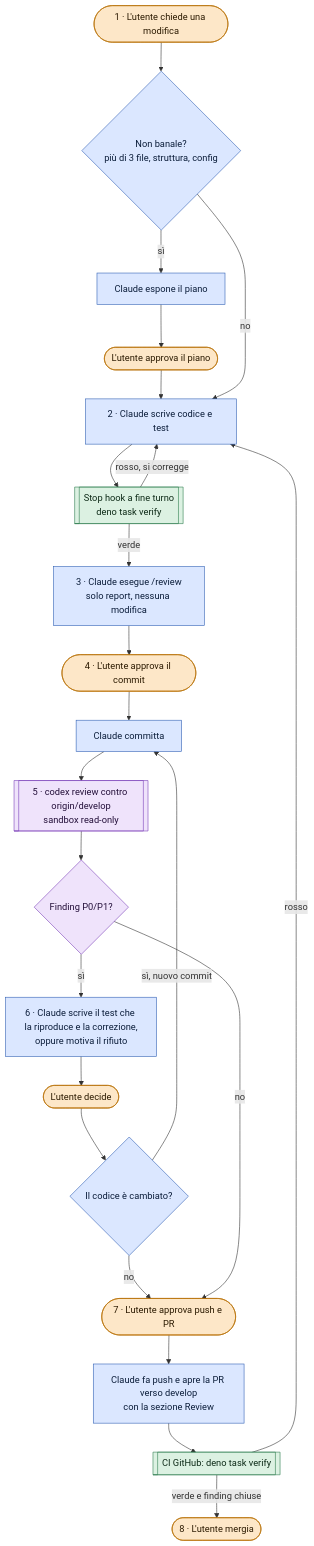
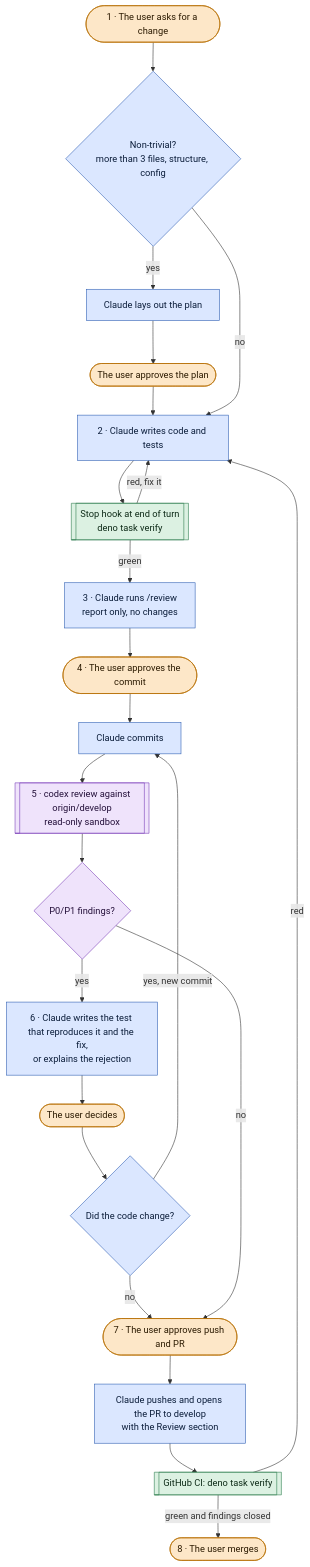
The diagram in docs/workflow.md (fab-codes/agent-workflow-template), drawn with Mermaid before and after one commit. The commit also changed other lines of this file and 4 other files, not shown here.

````diff
--- a/docs/workflow.md
+++ b/docs/workflow.md
@@ -8,40 +8,40 @@
 ```mermaid
 flowchart TD
-    S1(["1 · L'utente chiede una modifica"]):::utente
-    P{"Non banale?<br/>più di 3 file, struttura, config"}:::claude
-    PL["Claude espone il piano"]:::claude
-    OK1(["L'utente approva il piano"]):::utente
-    S2["2 · Claude scrive codice e test"]:::claude
-    HK[["Stop hook a fine turno<br/>deno task verify"]]:::automatico
-    S3["3 · Claude esegue /review<br/>solo report, nessuna modifica"]:::claude
-    S4(["4 · L'utente approva il commit"]):::utente
-    CM["Claude committa"]:::claude
-    S5[["5 · codex review contro origin/develop<br/>sandbox read-only"]]:::codex
-    F{"Finding P0/P1?"}:::codex
-    S6["6 · Claude scrive il test che la riproduce e la correzione,<br/>oppure motiva il rifiuto"]:::claude
-    DEC(["L'utente decide"]):::utente
-    CH{"Il codice è cambiato?"}:::claude
-    S7(["7 · L'utente approva push e PR"]):::utente
-    PR["Claude fa push e apre la PR verso develop<br/>con la sezione Review"]:::claude
-    CI[["CI GitHub: deno task verify"]]:::automatico
-    S8(["8 · L'utente mergia"]):::utente
+    S1(["1 · The user asks for a change"]):::user
+    P{"Non-trivial?<br/>more than 3 files, structure, config"}:::claude
+    PL["Claude lays out the plan"]:::claude
+    OK1(["The user approves the plan"]):::user
+    S2["2 · Claude writes code and tests"]:::claude
+    HK[["Stop hook at end of turn<br/>deno task verify"]]:::automatic
+    S3["3 · Claude runs /review<br/>report only, no changes"]:::claude
+    S4(["4 · The user approves the commit"]):::user
+    CM["Claude commits"]:::claude
+    S5[["5 · codex review against origin/develop<br/>read-only sandbox"]]:::codex
+    F{"P0/P1 findings?"}:::codex
+    S6["6 · Claude writes the test that reproduces it and the fix,<br/>or explains the rejection"]:::claude
+    DEC(["The user decides"]):::user
+    CH{"Did the code change?"}:::claude
+    S7(["7 · The user approves push and PR"]):::user
+    PR["Claude pushes and opens the PR to develop<br/>with the Review section"]:::claude
+    CI[["GitHub CI: deno task verify"]]:::automatic
+    S8(["8 · The user merges"]):::user
 
     S1 --> P
-    P -->|sì| PL --> OK1 --> S2
+    P -->|yes| PL --> OK1 --> S2
     P -->|no| S2
     S2 --> HK
-    HK -->|rosso, si corregge| S2
-    HK -->|verde| S3 --> S4 --> CM --> S5 --> F
-    F -->|sì| S6 --> DEC --> CH
-    CH -->|sì, nuovo commit| CM
+    HK -->|red, fix it| S2
+    HK -->|green| S3 --> S4 --> CM --> S5 --> F
+    F -->|yes| S6 --> DEC --> CH
+    CH -->|yes, new commit| CM
     CH -->|no| S7
     F -->|no| S7
     S7 --> PR --> CI
-    CI -->|rosso| S2
-    CI -->|verde e finding chiuse| S8
+    CI -->|red| S2
+    CI -->|green and findings closed| S8
 
-    classDef utente fill:#fde7c8,stroke:#b76e00,color:#2b1a00
+    classDef user fill:#fde7c8,stroke:#b76e00,color:#2b1a00
     classDef claude fill:#dbe7ff,stroke:#2f5fb3,color:#0b1d3a
-    classDef automatico fill:#dcf1e2,stroke:#2e7d4f,color:#0d2a17
+    classDef automatic fill:#dcf1e2,stroke:#2e7d4f,color:#0d2a17
     classDef codex fill:#efe3fb,stroke:#7a3fb8,color:#24103a
 ```
````
